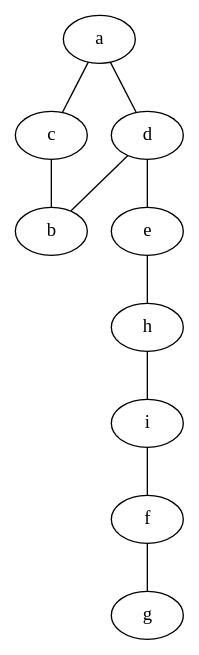
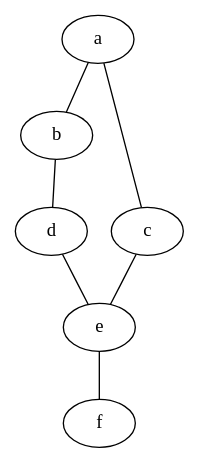
The diagram in teste.dot (memphis47/RenatoGrafos-2), drawn with Graphviz before and after one commit. The commit also changed 1 other file, not shown here.

```diff
--- a/teste.dot
+++ b/teste.dot
@@ -1,20 +1,8 @@
 strict graph cidades{
+	"a" -- "b"
 	"a" -- "c"
-	"a" -- "d"
-	"c" -- "a" 
-	"c" -- "b"
-    "d" -- "a"
-    "d" -- "b"
-    "b" -- "c"
-    "b" -- "d"
+	"b" -- "d" 
+	"c" -- "e"
     "d" -- "e"
-    "e" -- "d"
-    "f" -- "g"
-    "g" -- "f"
-    "e" -- "h"
-    "h" -- "e"
-    "h" -- "i"
-    "i" -- "f"
-    
-
+    "e" -- "f"
 }
```
